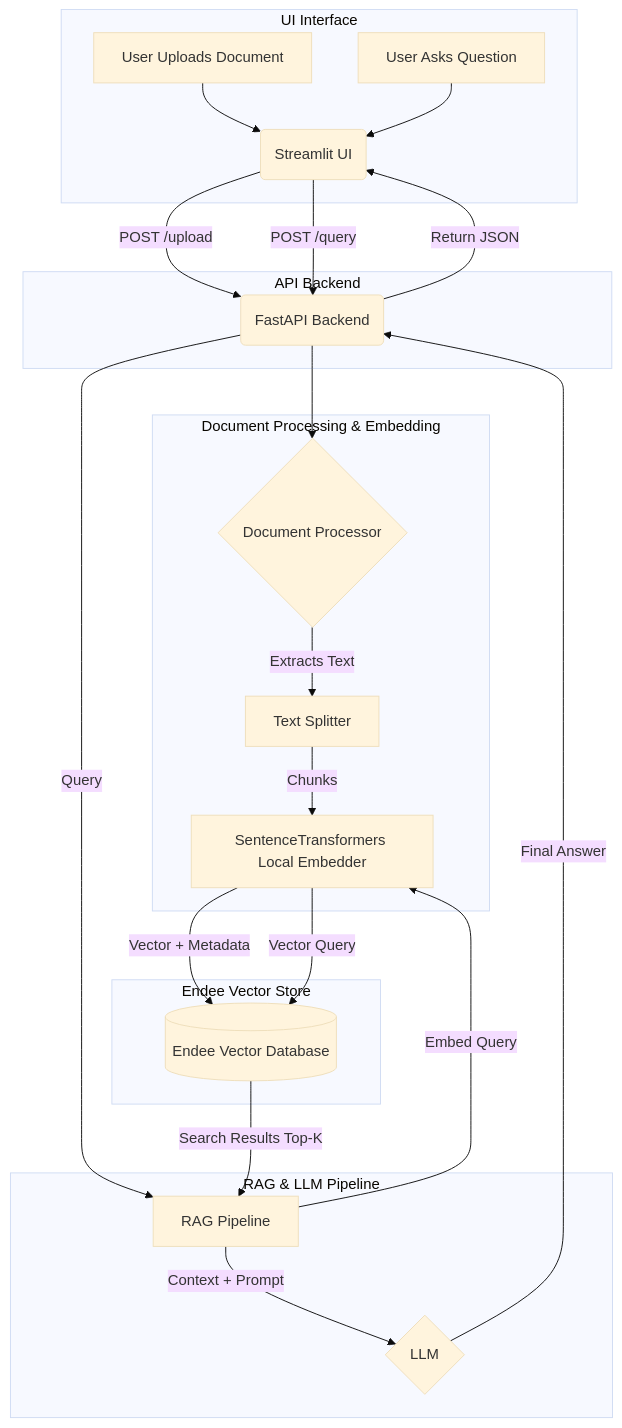
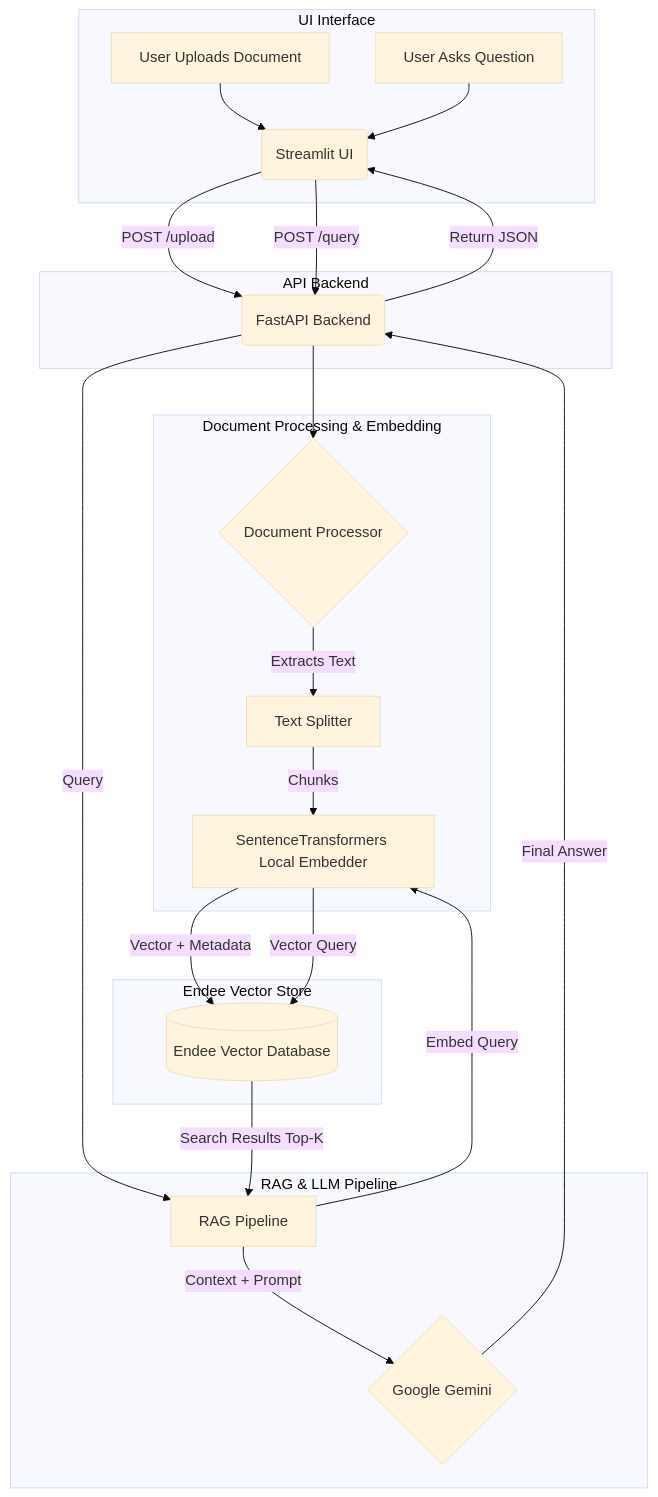
The diagram in rag_assignment/README.md (sudip-kumar-prasad/endee), drawn with Mermaid (base theme) before and after one commit. The commit also changed other lines of this file and 9 other files, not shown here.

````diff
--- a/rag_assignment/README.md
+++ b/rag_assignment/README.md
@@ -26,33 +27,33 @@
 ```mermaid
 graph TD
     subgraph UI Interface
         A[User Uploads Document] --> B(Streamlit UI)
         C[User Asks Question] --> B
     end
 
     subgraph API Backend
         B -- POST /upload --> D(FastAPI Backend)
         B -- POST /query --> D
     end
 
     subgraph Document Processing & Embedding
         D --> E{Document Processor}
         E -- Extracts Text --> F[Text Splitter]
         F -- Chunks --> G[SentenceTransformers Local Embedder]
     end
 
     subgraph Endee Vector Store
         G -- Vector + Metadata --> H[(Endee Vector Database)]
     end
 
     subgraph RAG & LLM Pipeline
         D -- Query --> I[RAG Pipeline]
         I -- Embed Query --> G
         G -- Vector Query --> H
         H -- Search Results Top-K --> I
-        I -- Context + Prompt --> J{LLM}
+        I -- Context + Prompt --> J{Google Gemini}
         J -- Final Answer --> D
     end
     
     D -- Return JSON --> B
 ```
````
